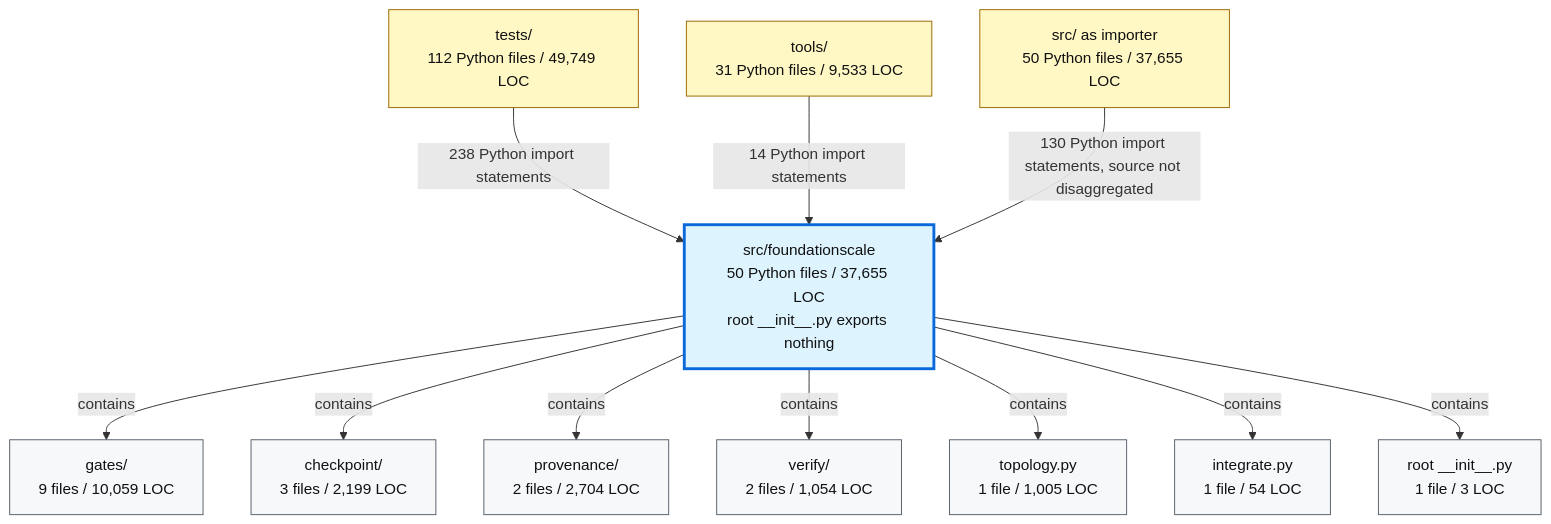
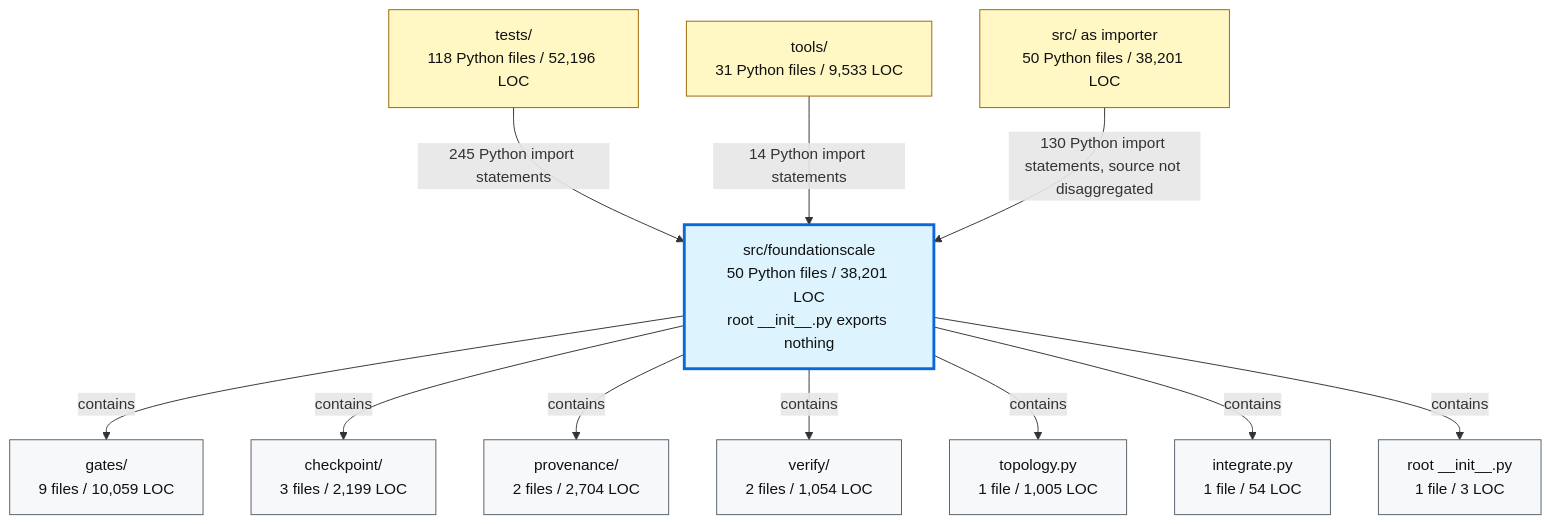
One commit to TranNhiem/FoundationScale changed the second of 2 diagrams in docs/review/D2_current_architecture.md. Above: the diagram before and after it, drawn with Mermaid. The commit also changed other lines of this file and 18 other files, not shown here.

````diff
--- a/docs/review/D2_current_architecture.md
+++ b/docs/review/D2_current_architecture.md
@@ -97,36 +97,36 @@
 ```mermaid
 flowchart TB
-  TESTS["tests/<br/>112 Python files / 49,749 LOC"]
+  TESTS["tests/<br/>118 Python files / 52,196 LOC"]
   TOOLS["tools/<br/>31 Python files / 9,533 LOC"]
-  SRC["src/ as importer<br/>50 Python files / 37,655 LOC"]
+  SRC["src/ as importer<br/>50 Python files / 38,201 LOC"]
 
-  FS["src/foundationscale<br/>50 Python files / 37,655 LOC<br/>root __init__.py exports nothing"]
+  FS["src/foundationscale<br/>50 Python files / 38,201 LOC<br/>root __init__.py exports nothing"]
 
   GATES["gates/<br/>9 files / 10,059 LOC"]
   CKPT["checkpoint/<br/>3 files / 2,199 LOC"]
   PROV["provenance/<br/>2 files / 2,704 LOC"]
   VERIFY["verify/<br/>2 files / 1,054 LOC"]
   TOPO["topology.py<br/>1 file / 1,005 LOC"]
   INTEG["integrate.py<br/>1 file / 54 LOC"]
   ROOT["root __init__.py<br/>1 file / 3 LOC"]
 
-  TESTS -->|"238 Python import statements"| FS
+  TESTS -->|"245 Python import statements"| FS
   TOOLS -->|"14 Python import statements"| FS
   SRC -->|"130 Python import statements, source not disaggregated"| FS
 
   FS -->|"contains"| GATES
   FS -->|"contains"| CKPT
   FS -->|"contains"| PROV
   FS -->|"contains"| VERIFY
   FS -->|"contains"| TOPO
   FS -->|"contains"| INTEG
   FS -->|"contains"| ROOT
 
   classDef consumer fill:#fff8c5,stroke:#9a6700,color:#111;
   classDef package fill:#ddf4ff,stroke:#0969da,stroke-width:3px,color:#111;
   classDef module fill:#f6f8fa,stroke:#57606a,color:#111;
 
   class TESTS,TOOLS,SRC consumer;
   class FS package;
   class GATES,CKPT,PROV,VERIFY,TOPO,INTEG,ROOT module;
 ```
````
